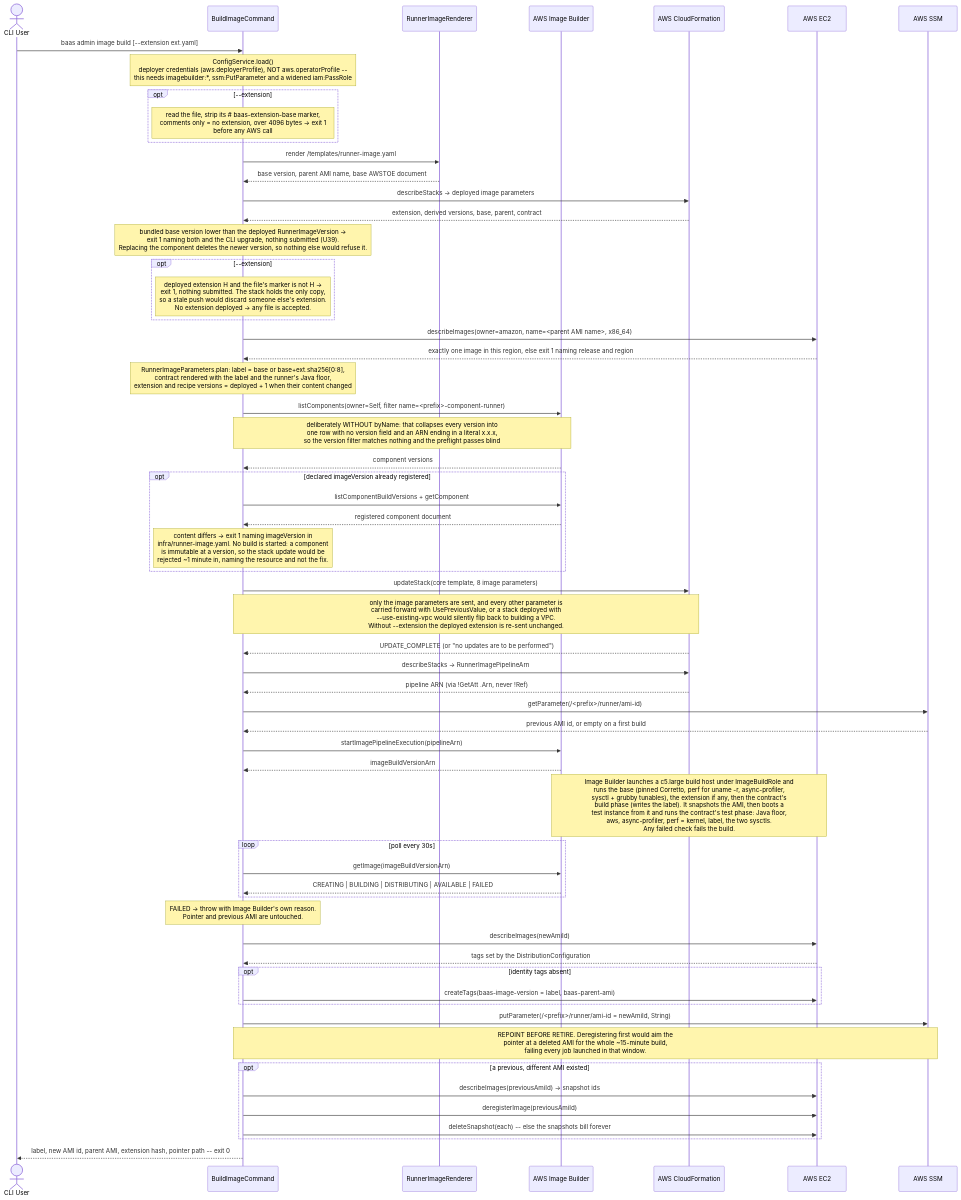
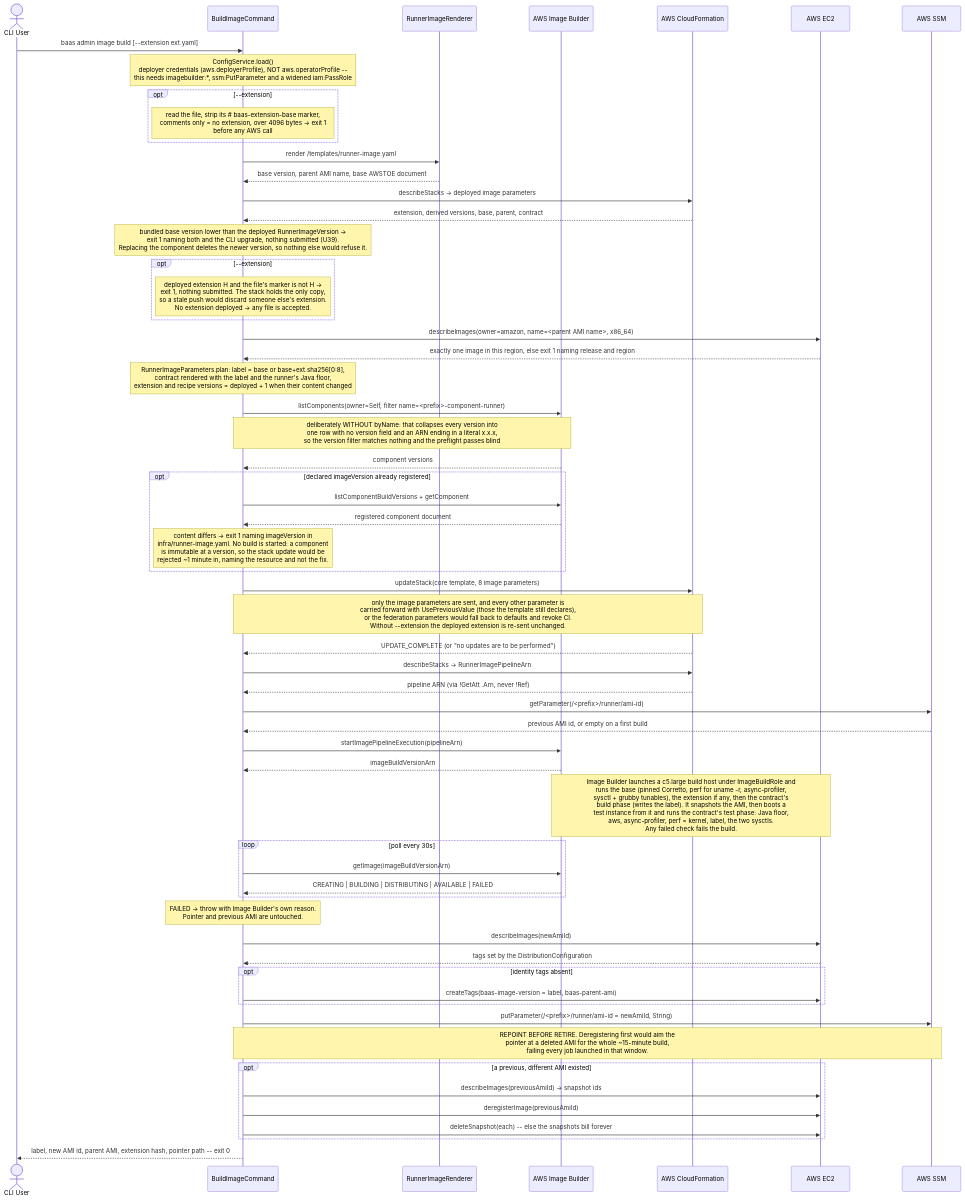
The diagram in docs/diagrams/baas-build-image.mmd (wsztajerowski/benchmark-as-a-service), drawn with Mermaid before and after one commit. The commit also changed 8 other files, not shown here.

```diff
--- a/docs/diagrams/baas-build-image.mmd
+++ b/docs/diagrams/baas-build-image.mmd
@@ -1,68 +1,68 @@
 sequenceDiagram
     actor User as CLI User
     participant BIC as BuildImageCommand
     participant RIR as RunnerImageRenderer
     participant IB as AWS Image Builder
     participant CF as AWS CloudFormation
     participant EC2 as AWS EC2
     participant SSM as AWS SSM
 
     User->>BIC: baas admin image build [--extension ext.yaml]
     Note over BIC: ConfigService.load()<br/>deployer credentials (aws.deployerProfile), NOT aws.operatorProfile --<br/>this needs imagebuilder:*, ssm:PutParameter and a widened iam:PassRole
     opt --extension
         Note over BIC: read the file, strip its #35; baas-extension-base marker,<br/>comments only = no extension, over 4096 bytes -> exit 1<br/>before any AWS call
     end
     BIC->>RIR: render /templates/runner-image.yaml
     RIR-->>BIC: base version, parent AMI name, base AWSTOE document
 
     BIC->>CF: describeStacks -> deployed image parameters
     CF-->>BIC: extension, derived versions, base, parent, contract
     Note over BIC: bundled base version lower than the deployed RunnerImageVersion -><br/>exit 1 naming both and the CLI upgrade, nothing submitted (U39).<br/>Replacing the component deletes the newer version, so nothing else would refuse it.
     opt --extension
         Note over BIC: deployed extension H and the file's marker is not H -><br/>exit 1, nothing submitted. The stack holds the only copy,<br/>so a stale push would discard someone else's extension.<br/>No extension deployed -> any file is accepted.
     end
     BIC->>EC2: describeImages(owner=amazon, name=<parent AMI name>, x86_64)
     EC2-->>BIC: exactly one image in this region, else exit 1 naming release and region
     Note over BIC: RunnerImageParameters.plan: label = base or base+ext.sha256[0:8],<br/>contract rendered with the label and the runner's Java floor,<br/>extension and recipe versions = deployed + 1 when their content changed
 
     BIC->>IB: listComponents(owner=Self, filter name=<prefix>-component-runner)
     Note over BIC,IB: deliberately WITHOUT byName: that collapses every version into<br/>one row with no version field and an ARN ending in a literal x.x.x,<br/>so the version filter matches nothing and the preflight passes blind
     IB-->>BIC: component versions
     opt declared imageVersion already registered
         BIC->>IB: listComponentBuildVersions + getComponent
         IB-->>BIC: registered component document
         Note over BIC: content differs -> exit 1 naming imageVersion in<br/>infra/runner-image.yaml. No build is started: a component<br/>is immutable at a version, so the stack update would be<br/>rejected ~1 minute in, naming the resource and not the fix.
     end
 
     BIC->>CF: updateStack(core template, 8 image parameters)
-    Note over BIC,CF: only the image parameters are sent, and every other parameter is<br/>carried forward with UsePreviousValue, or a stack deployed with<br/>--use-existing-vpc would silently flip back to building a VPC.<br/>Without --extension the deployed extension is re-sent unchanged.
+    Note over BIC,CF: only the image parameters are sent, and every other parameter is<br/>carried forward with UsePreviousValue (those the template still declares),<br/>or the federation parameters would fall back to defaults and revoke CI.<br/>Without --extension the deployed extension is re-sent unchanged.
     CF-->>BIC: UPDATE_COMPLETE (or "no updates are to be performed")
     BIC->>CF: describeStacks -> RunnerImagePipelineArn
     CF-->>BIC: pipeline ARN (via !GetAtt .Arn, never !Ref)
 
     BIC->>SSM: getParameter(/<prefix>/runner/ami-id)
     SSM-->>BIC: previous AMI id, or empty on a first build
 
     BIC->>IB: startImagePipelineExecution(pipelineArn)
     IB-->>BIC: imageBuildVersionArn
     Note over IB,EC2: Image Builder launches a c5.large build host under ImageBuildRole and<br/>runs the base (pinned Corretto, perf for uname -r, async-profiler,<br/>sysctl + grubby tunables), the extension if any, then the contract's<br/>build phase (writes the label). It snapshots the AMI, then boots a<br/>test instance from it and runs the contract's test phase: Java floor,<br/>aws, async-profiler, perf = kernel, label, the two sysctls.<br/>Any failed check fails the build.
     loop poll every 30s
         BIC->>IB: getImage(imageBuildVersionArn)
         IB-->>BIC: CREATING | BUILDING | DISTRIBUTING | AVAILABLE | FAILED
     end
     Note over BIC: FAILED -> throw with Image Builder's own reason.<br/>Pointer and previous AMI are untouched.
 
     BIC->>EC2: describeImages(newAmiId)
     EC2-->>BIC: tags set by the DistributionConfiguration
     opt identity tags absent
         BIC->>EC2: createTags(baas-image-version = label, baas-parent-ami)
     end
 
     BIC->>SSM: putParameter(/<prefix>/runner/ami-id = newAmiId, String)
     Note over BIC,SSM: REPOINT BEFORE RETIRE. Deregistering first would aim the<br/>pointer at a deleted AMI for the whole ~15-minute build,<br/>failing every job launched in that window.
     opt a previous, different AMI existed
         BIC->>EC2: describeImages(previousAmiId) -> snapshot ids
         BIC->>EC2: deregisterImage(previousAmiId)
         BIC->>EC2: deleteSnapshot(each) -- else the snapshots bill forever
     end
     BIC-->>User: label, new AMI id, parent AMI, extension hash, pointer path -- exit 0
```
